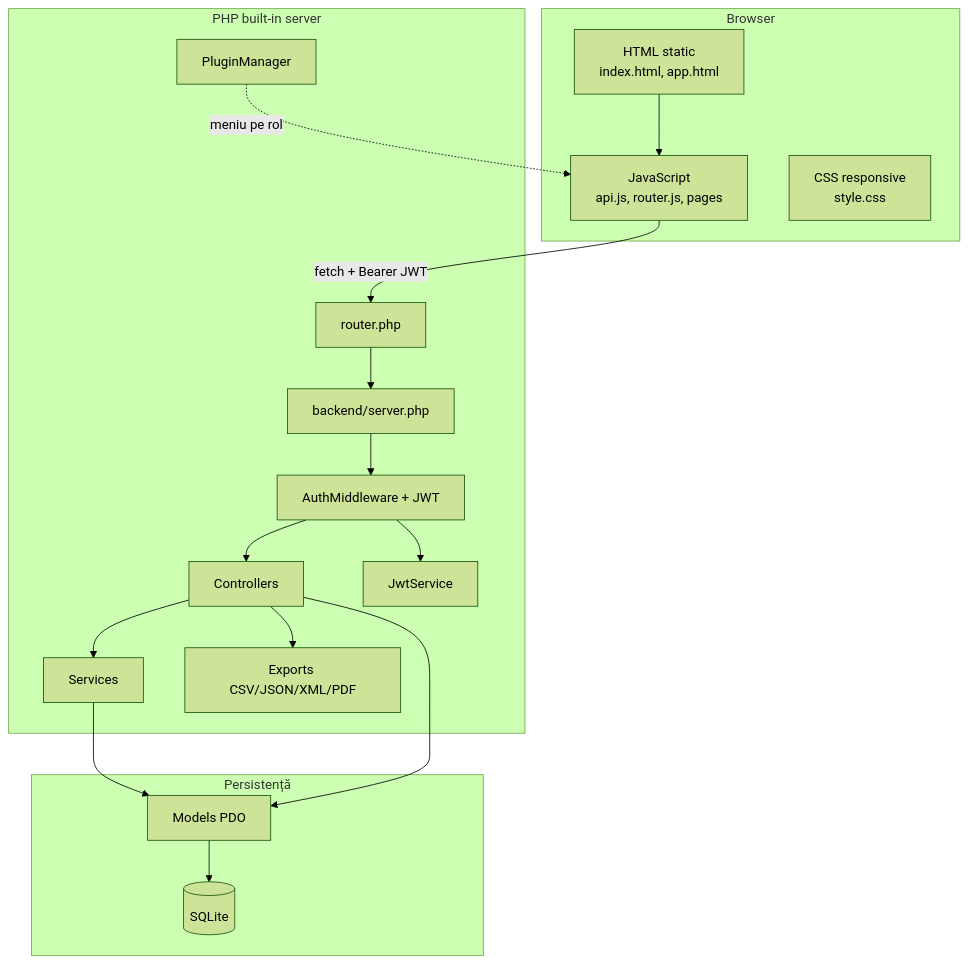
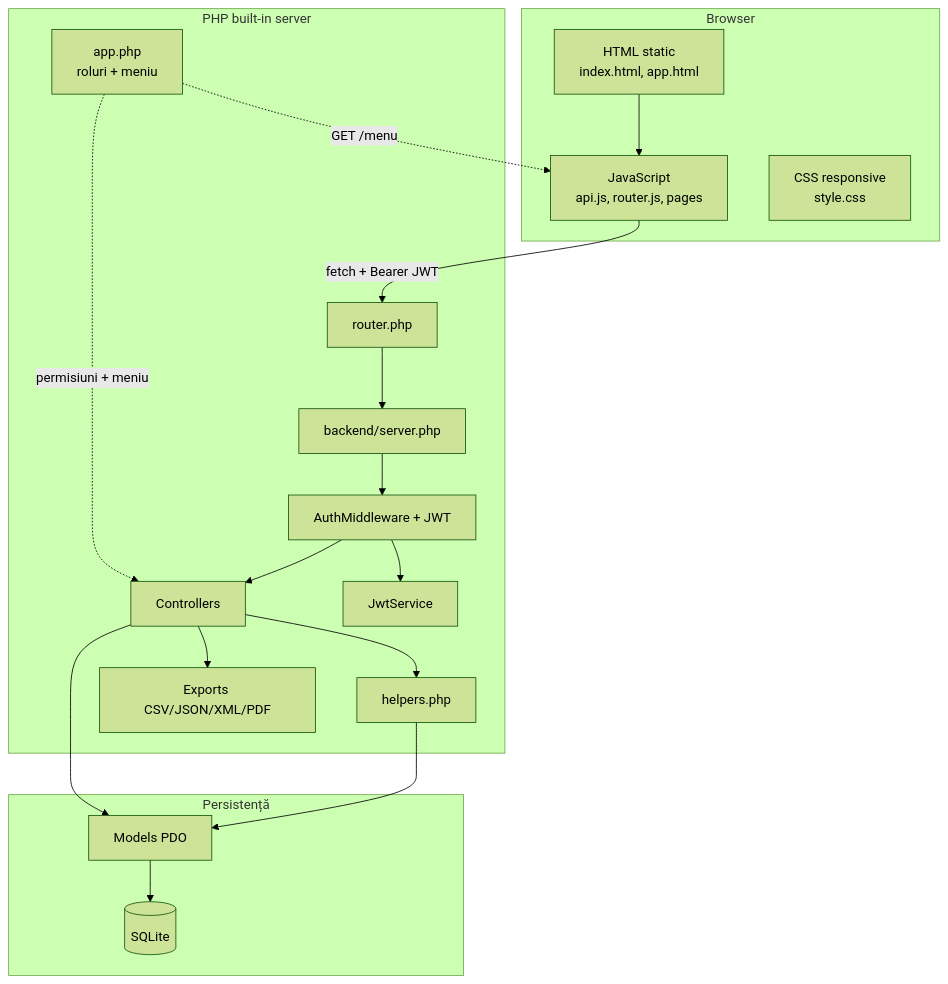
Before and after one commit to ricardofilipebondor/web-technologies-2026: the second of 12 diagrams in docs/ARCHITECTURE.md, drawn with Mermaid (forest theme). The commit also changed other lines of this file and 44 other files, not shown here.

Commit message:
Refactorizeaza backendul: elimina plugin-urile si serviciile, consolideaza logica in helpers.php

````diff
--- a/docs/ARCHITECTURE.md
+++ b/docs/ARCHITECTURE.md
@@ -24,32 +24,33 @@
 ```mermaid
 flowchart TB
     subgraph CLIENT[Browser]
         HTML[HTML static<br/>index.html, app.html]
         JS[JavaScript<br/>api.js, router.js, pages]
         CSS[CSS responsive<br/>style.css]
     end
 
     subgraph SERVER[PHP built-in server]
         ROUTER[router.php]
         API[backend/server.php]
         CTRL[Controllers]
         MW[AuthMiddleware + JWT]
         JWT[JwtService]
-        PLG[PluginManager]
-        SVC[Services]
+        CFG[app.php<br/>roluri + meniu]
+        HLP[helpers.php]
         EXP[Exports CSV/JSON/XML/PDF]
     end
 
     subgraph DATA[Persistență]
         MODEL[Models PDO]
         DB[(SQLite)]
     end
 
     HTML --> JS
     JS -->|fetch + Bearer JWT| ROUTER --> API --> MW --> CTRL
     MW --> JWT
-    CTRL --> SVC --> MODEL --> DB
+    CFG -.->|permisiuni + meniu| CTRL
+    CTRL --> HLP --> MODEL --> DB
     CTRL --> MODEL
     CTRL --> EXP
-    PLG -.->|meniu pe rol| JS
+    CFG -.->|GET /menu| JS
 ```
````
